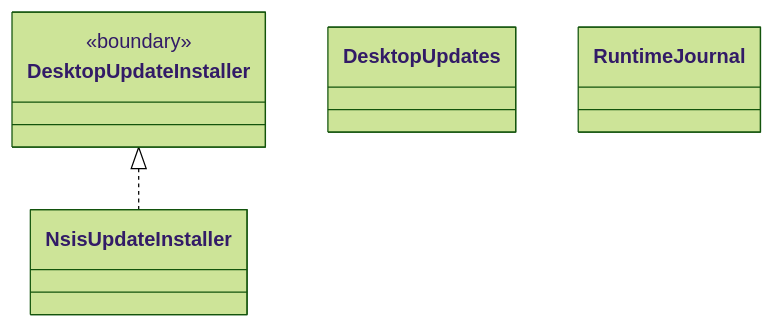
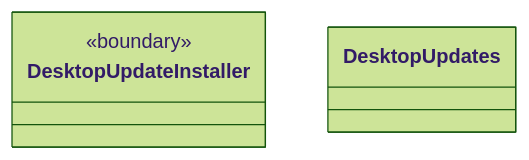
One commit to nan023062/cbim changed the second of 2 diagrams in src/logic-new/updates/service/ARCHITECTURE.md. Above: the diagram before and after it, drawn with Mermaid (forest theme). The commit also changed other lines of this file and 24 other files, not shown here.

First line of the commit message:
chore: repair test ownership and architecture documentation

````diff
--- a/src/logic-new/updates/service/ARCHITECTURE.md
+++ b/src/logic-new/updates/service/ARCHITECTURE.md
@@ -56,14 +56,9 @@
 ```mermaid
 classDiagram
 class N_6fb26cd859b8["DesktopUpdateInstaller"] {
   <<boundary>>
 }
 click N_6fb26cd859b8 href "desktop-updates.ts"
-class N_b83392ee88f1["NsisUpdateInstaller"]
-click N_b83392ee88f1 href "../../../updater/index.ts"
 class N_707adc7e3a43["DesktopUpdates"]
 click N_707adc7e3a43 href "desktop-updates.ts"
-class N_ec95f4e30b8e["RuntimeJournal"]
-click N_ec95f4e30b8e href "runtime-journal.ts"
-N_6fb26cd859b8 <|.. N_b83392ee88f1
 ```
````
